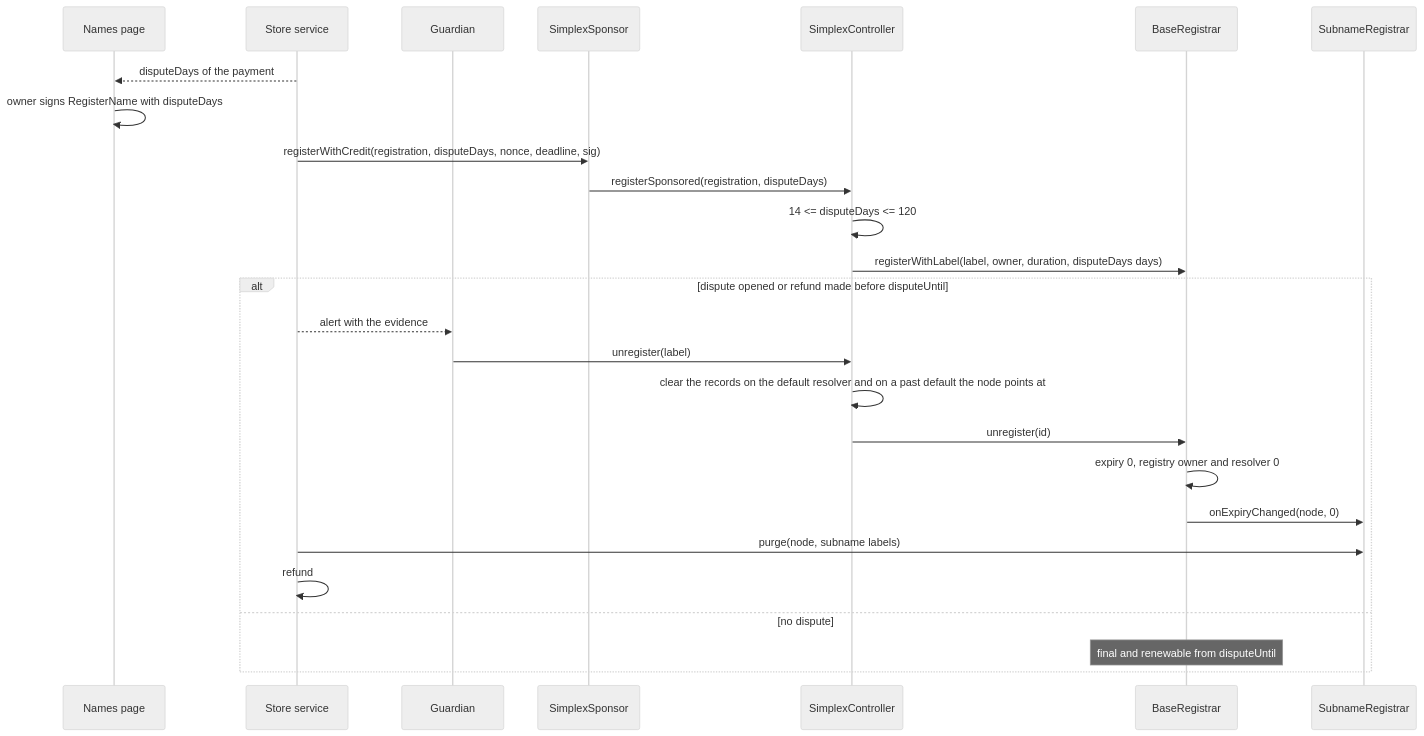
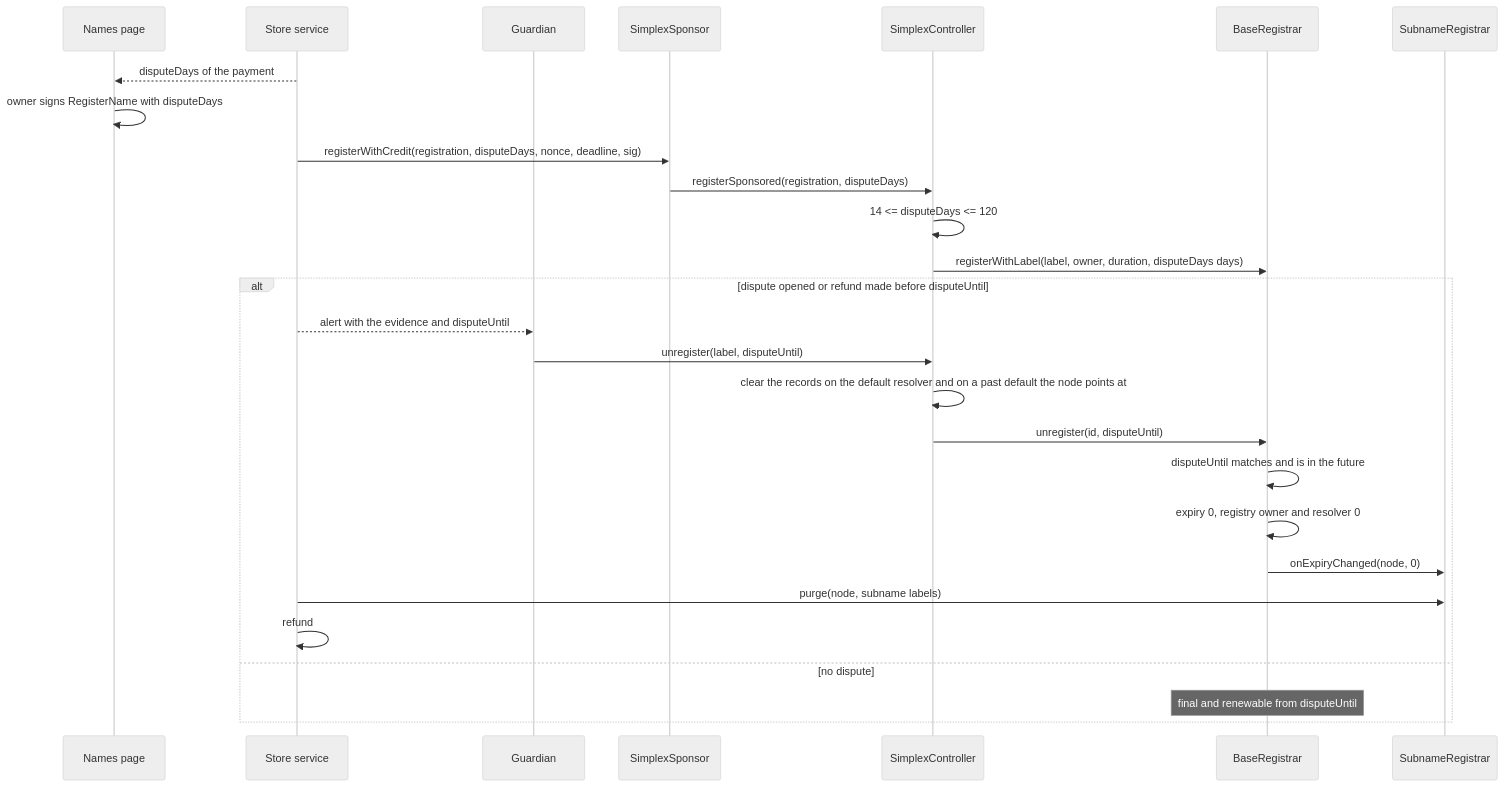
The second of 3 diagrams in docs/plans/dispute-period.md (brenzi/simplex-namespace-contract), drawn with Mermaid (neutral theme) before and after one commit. The commit also changed other lines of this file and 5 other files, not shown here.

Commit message:
docs: dispute period after review round 3: unregister bound to the dispute end, terms, owner's answers

````diff
--- a/docs/plans/dispute-period.md
+++ b/docs/plans/dispute-period.md
@@ -94,28 +98,29 @@
 ```mermaid
 sequenceDiagram
   participant P as Names page
   participant S as Store service
   participant G as Guardian
   participant Sp as SimplexSponsor
   participant C as SimplexController
   participant R as BaseRegistrar
   participant N as SubnameRegistrar
   S-->>P: disputeDays of the payment
   P->>P: owner signs RegisterName with disputeDays
   S->>Sp: registerWithCredit(registration, disputeDays, nonce, deadline, sig)
   Sp->>C: registerSponsored(registration, disputeDays)
   C->>C: 14 <= disputeDays <= 120
   C->>R: registerWithLabel(label, owner, duration, disputeDays days)
   alt dispute opened or refund made before disputeUntil
-    S-->>G: alert with the evidence
-    G->>C: unregister(label)
+    S-->>G: alert with the evidence and disputeUntil
+    G->>C: unregister(label, disputeUntil)
     C->>C: clear the records on the default resolver and on a past default the node points at
-    C->>R: unregister(id)
+    C->>R: unregister(id, disputeUntil)
+    R->>R: disputeUntil matches and is in the future
     R->>R: expiry 0, registry owner and resolver 0
     R->>N: onExpiryChanged(node, 0)
     S->>N: purge(node, subname labels)
     S->>S: refund
   else no dispute
     Note over R: final and renewable from disputeUntil
   end
 ```
````
